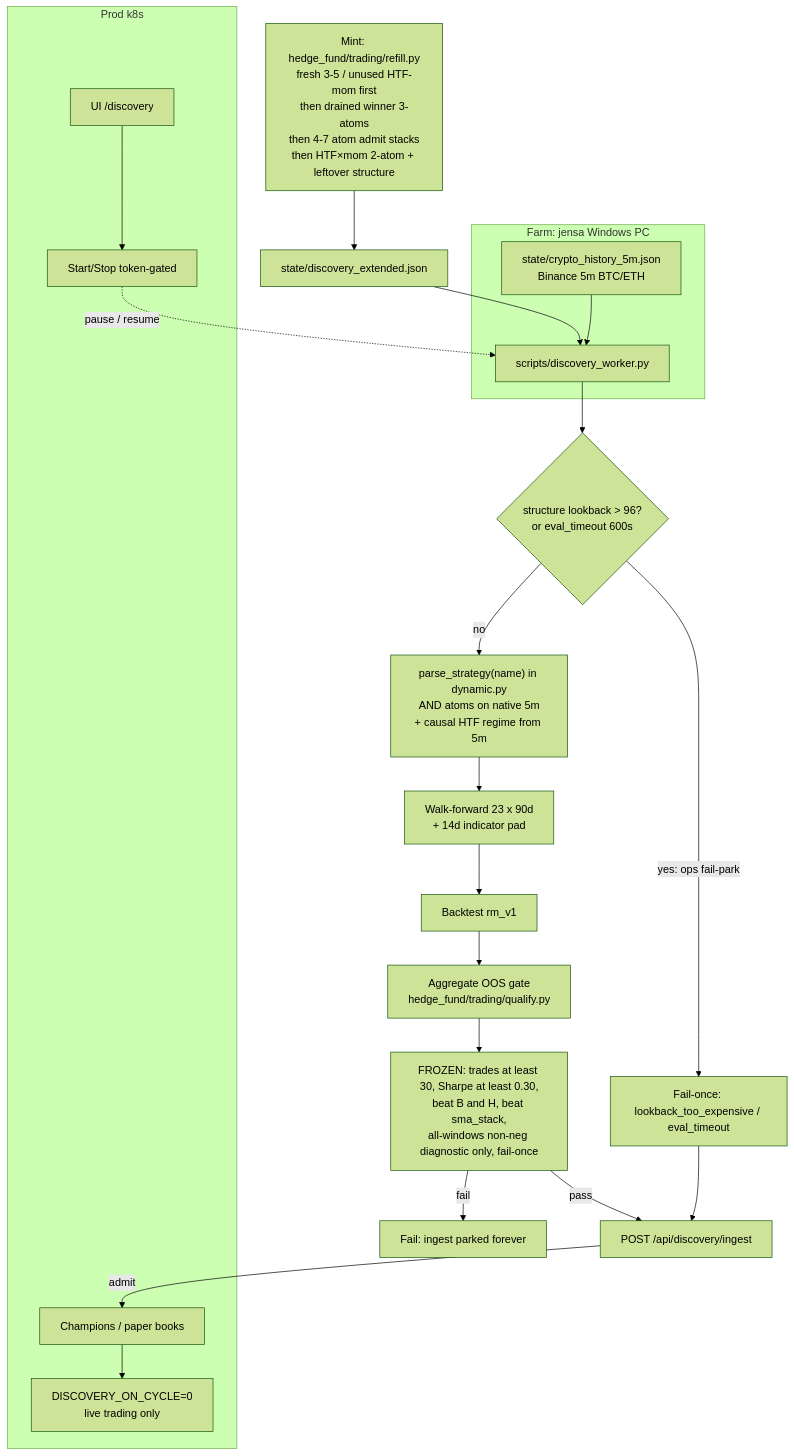
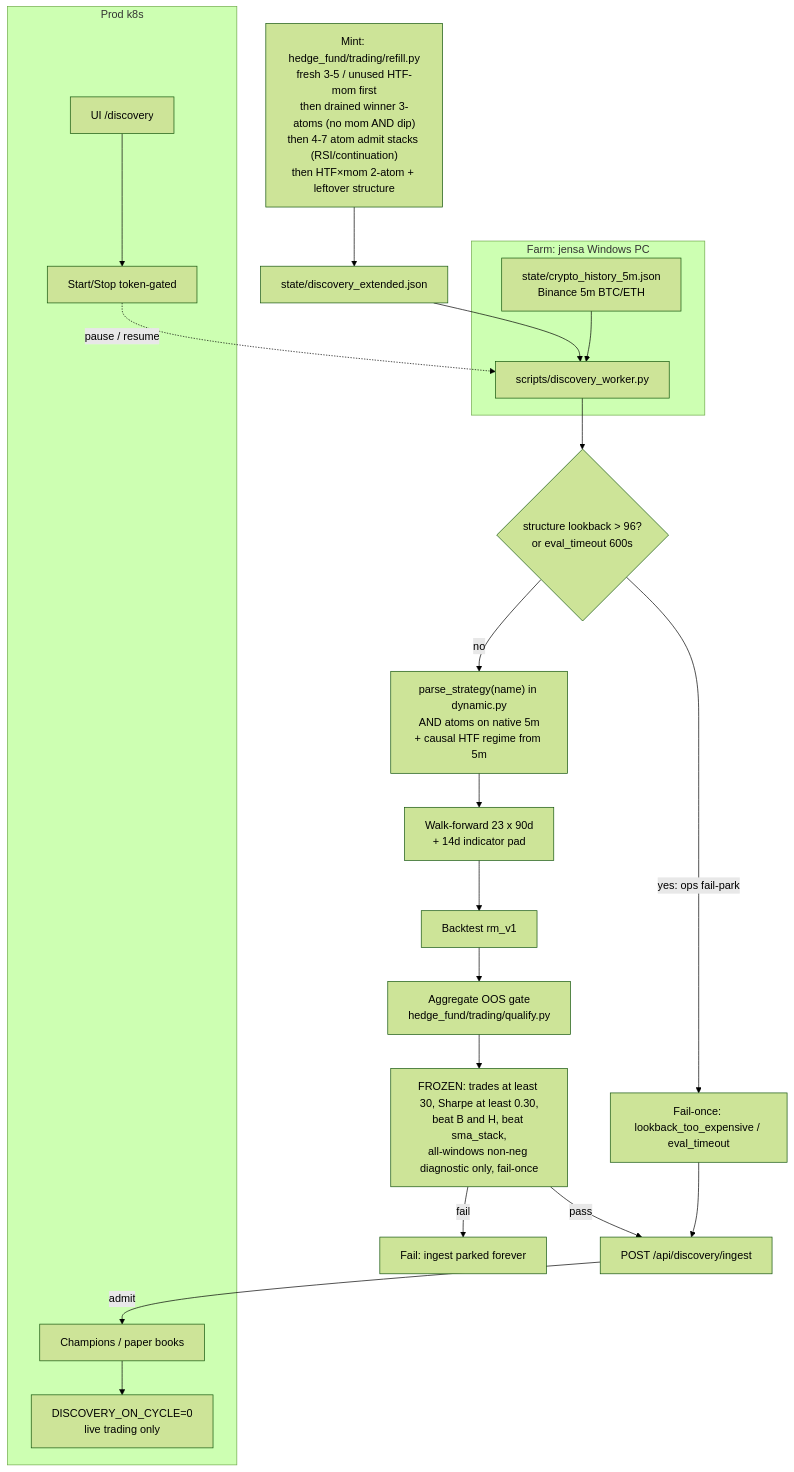
Before and after one commit to Runemark7/paper-trading-bot: the first of 3 diagrams in docs/WORKFLOW.md, drawn with Mermaid (forest theme). The commit also changed other lines of this file and 6 other files, not shown here.

First line of the commit message:
feat(discovery): never mint mom∧dip stacks

````diff
--- a/docs/WORKFLOW.md
+++ b/docs/WORKFLOW.md
@@ -55,42 +55,42 @@
 ```mermaid
 flowchart TB
-  recipe["Mint: hedge_fund/trading/refill.py\nfresh 3-5 / unused HTF-mom first\nthen drained winner 3-atoms\nthen 4-7 atom admit stacks\nthen HTF×mom 2-atom + leftover structure"]
+  recipe["Mint: hedge_fund/trading/refill.py\nfresh 3-5 / unused HTF-mom first\nthen drained winner 3-atoms (no mom AND dip)\nthen 4-7 atom admit stacks (RSI/continuation)\nthen HTF×mom 2-atom + leftover structure"]
   ext["state/discovery_extended.json"]
   recipe --> ext
 
   subgraph farm [Farm: jensa Windows PC]
     worker["scripts/discovery_worker.py"]
     hist["state/crypto_history_5m.json\nBinance 5m BTC/ETH"]
   end
   ext --> worker
   hist --> worker
 
   guard{"structure lookback > 96?\nor eval_timeout 600s"}
   parse["parse_strategy(name) in dynamic.py\nAND atoms on native 5m\n+ causal HTF regime from 5m"]
   wf["Walk-forward 23 x 90d\n+ 14d indicator pad"]
   bt["Backtest rm_v1"]
   gate["Aggregate OOS gate\nhedge_fund/trading/qualify.py"]
   worker --> guard
   guard -->|"yes: ops fail-park"| parkOps["Fail-once: lookback_too_expensive / eval_timeout"]
   guard -->|no| parse --> wf --> bt --> gate
 
   frozen["FROZEN: trades at least 30, Sharpe at least 0.30,\nbeat B and H, beat sma_stack,\nall-windows non-neg diagnostic only, fail-once"]
   gate --> frozen
 
   ingest["POST /api/discovery/ingest"]
   park["Fail: ingest parked forever"]
   frozen -->|"pass"| ingest
   frozen -->|"fail"| park
   parkOps --> ingest
 
   subgraph prod [Prod k8s]
     champs["Champions / paper books"]
     live["DISCOVERY_ON_CYCLE=0\nlive trading only"]
     ui["UI /discovery"]
     ctl["Start/Stop token-gated"]
   end
   ingest -->|"admit"| champs
   champs --> live
   ui --> ctl
   ctl -.->|"pause / resume"| worker
 ```
````
